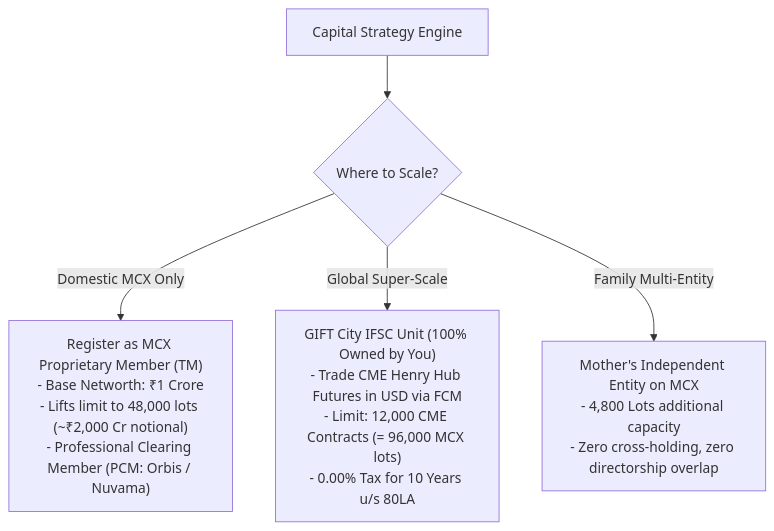
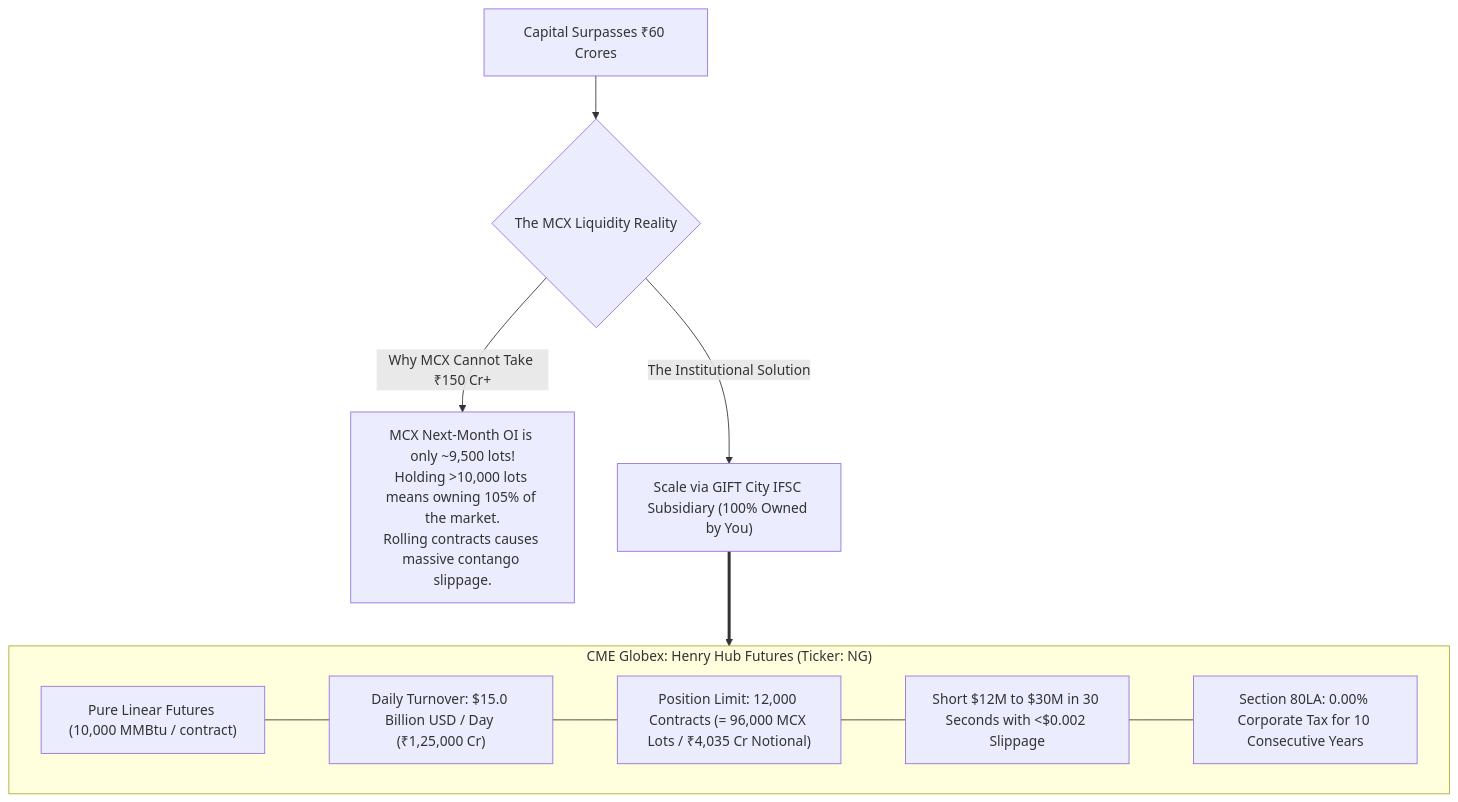
Before and after one commit to yieldchaser/mcx-margins: the sixth of 6 diagrams in models/execution_and_tax_validation_plan.md, drawn with Mermaid. The commit also changed other lines of this file, not shown here.

````diff
--- a/models/execution_and_tax_validation_plan.md
+++ b/models/execution_and_tax_validation_plan.md
@@ -300,10 +163,19 @@
 ```mermaid
-graph TD
-    Cap["Capital Strategy Engine"] --> Decision{"Where to Scale?"}
+flowchart TD
+    Cap["Capital Surpasses ₹60 Crores"] --> Dilemma{"The MCX Liquidity Reality"}
     
-    Decision -->|"Domestic MCX Only"| TM["Register as MCX Proprietary Member (TM)\n- Base Networth: ₹1 Crore\n- Lifts limit to 48,000 lots (~₹2,000 Cr notional)\n- Professional Clearing Member (PCM: Orbis / Nuvama)"]
+    Dilemma -->|"Why MCX Cannot Take ₹150 Cr+" | Friction["MCX Next-Month OI is only ~9,500 lots!\nHolding >10,000 lots means owning 105% of the market.\nRolling contracts causes massive contango slippage."]
     
-    Decision -->|"Global Super-Scale"| CME["GIFT City IFSC Unit (100% Owned by You)\n- Trade CME Henry Hub Futures in USD via FCM\n- Limit: 12,000 CME Contracts (= 96,000 MCX lots)\n- 0.00% Tax for 10 Years u/s 80LA"]
+    Dilemma -->|"The Institutional Solution"| Global["Scale via GIFT City IFSC Subsidiary (100% Owned by You)"]
     
-    Decision -->|"Family Multi-Entity"| Fam["Mother's Independent Entity on MCX\n- 4,800 Lots additional capacity\n- Zero cross-holding, zero directorship overlap"]
+    subgraph CME["CME Globex: Henry Hub Futures (Ticker: NG)"]
+        C1["Pure Linear Futures (10,000 MMBtu / contract)"]
+        C2["Daily Turnover: $15.0 Billion USD / Day (₹1,25,000 Cr)"]
+        C3["Position Limit: 12,000 Contracts (= 96,000 MCX Lots / ₹4,035 Cr Notional)"]
+        C4["Short $12M to $30M in 30 Seconds with <$0.002 Slippage"]
+        C5["Section 80LA: 0.00% Corporate Tax for 10 Consecutive Years"]
+        C1 --- C2 --- C3 --- C4 --- C5
+    end
+    
+    Global ==> CME
 ```
````
